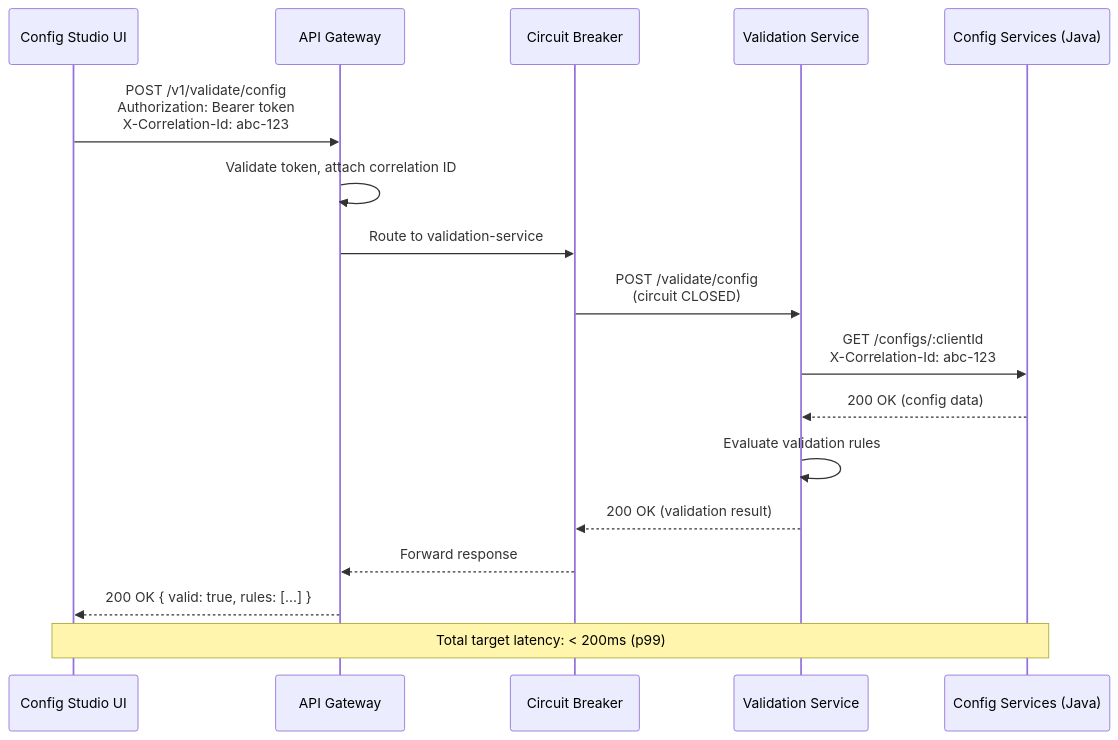
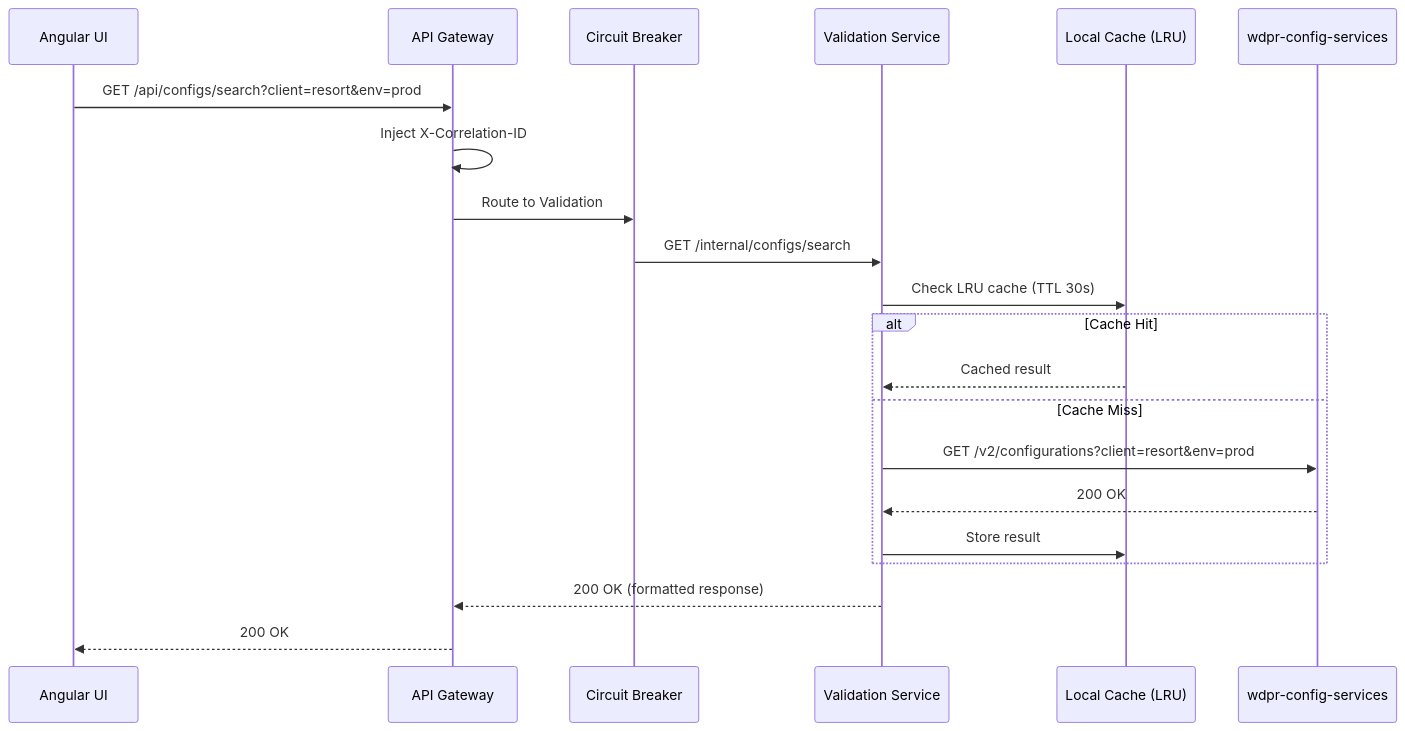
The sixth of 9 diagrams in tests/orchestration/architecture_spec_agent.md (rsanchez-disney/steer-runtime), drawn with Mermaid before and after one commit. The commit also changed other lines of this file and 2 other files, not shown here.

````diff
--- a/tests/orchestration/architecture_spec_agent.md
+++ b/tests/orchestration/architecture_spec_agent.md
@@ -324,21 +247,24 @@
 ```mermaid
 sequenceDiagram
-    participant UI as Config Studio UI
+    participant Client as Angular UI
     participant GW as API Gateway
     participant CB as Circuit Breaker
     participant VS as Validation Service
-    participant CS as Config Services (Java)
+    participant Cache as Local Cache (LRU)
+    participant BE as wdpr-config-services
 
-    UI->>GW: POST /v1/validate/config<br/>Authorization: Bearer token<br/>X-Correlation-Id: abc-123
-    GW->>GW: Validate token, attach correlation ID
-    GW->>CB: Route to validation-service
-    CB->>VS: POST /validate/config<br/>(circuit CLOSED)
-    VS->>CS: GET /configs/:clientId<br/>X-Correlation-Id: abc-123
-    CS-->>VS: 200 OK (config data)
-    VS->>VS: Evaluate validation rules
-    VS-->>CB: 200 OK (validation result)
-    CB-->>GW: Forward response
-    GW-->>UI: 200 OK { valid: true, rules: [...] }
-
-    Note over UI,CS: Total target latency: < 200ms (p99)
+    Client->>GW: GET /api/configs/search?client=resort&env=prod
+    GW->>GW: Inject X-Correlation-ID
+    GW->>CB: Route to Validation
+    CB->>VS: GET /internal/configs/search
+    VS->>Cache: Check LRU cache (TTL 30s)
+    alt Cache Hit
+        Cache-->>VS: Cached result
+    else Cache Miss
+        VS->>BE: GET /v2/configurations?client=resort&env=prod
+        BE-->>VS: 200 OK
+        VS->>Cache: Store result
+    end
+    VS-->>GW: 200 OK (formatted response)
+    GW-->>Client: 200 OK
 ```
````
